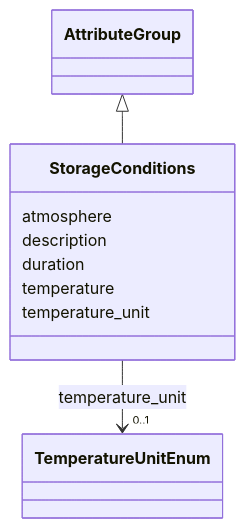
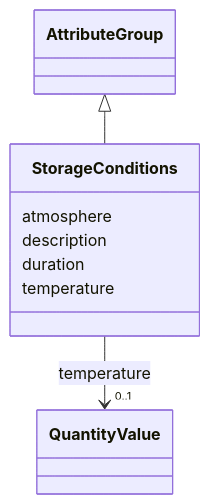
One commit to lambda-ber/lambda-ber-schema changed the diagram in docs/elements/StorageConditions.md. Above: the diagram before and after it, drawn with Mermaid. The commit also changed other lines of this file and 404 other files, not shown here.

Commit message:
Update schema artifacts

````diff
--- a/docs/elements/StorageConditions.md
+++ b/docs/elements/StorageConditions.md
@@ -18,28 +18,26 @@
 ```mermaid
  classDiagram
     class StorageConditions
     click StorageConditions href "../StorageConditions/"
       AttributeGroup <|-- StorageConditions
         click AttributeGroup href "../AttributeGroup/"
       
       StorageConditions : atmosphere
         
       StorageConditions : description
         
       StorageConditions : duration
         
       StorageConditions : temperature
         
-      StorageConditions : temperature_unit
-        
           
     
         
         
-        StorageConditions --> "0..1" TemperatureUnitEnum : temperature_unit
-        click TemperatureUnitEnum href "../TemperatureUnitEnum/"
+        StorageConditions --> "0..1" QuantityValue : temperature
+        click QuantityValue href "../QuantityValue/"
     
 
         
       
 ```
````
